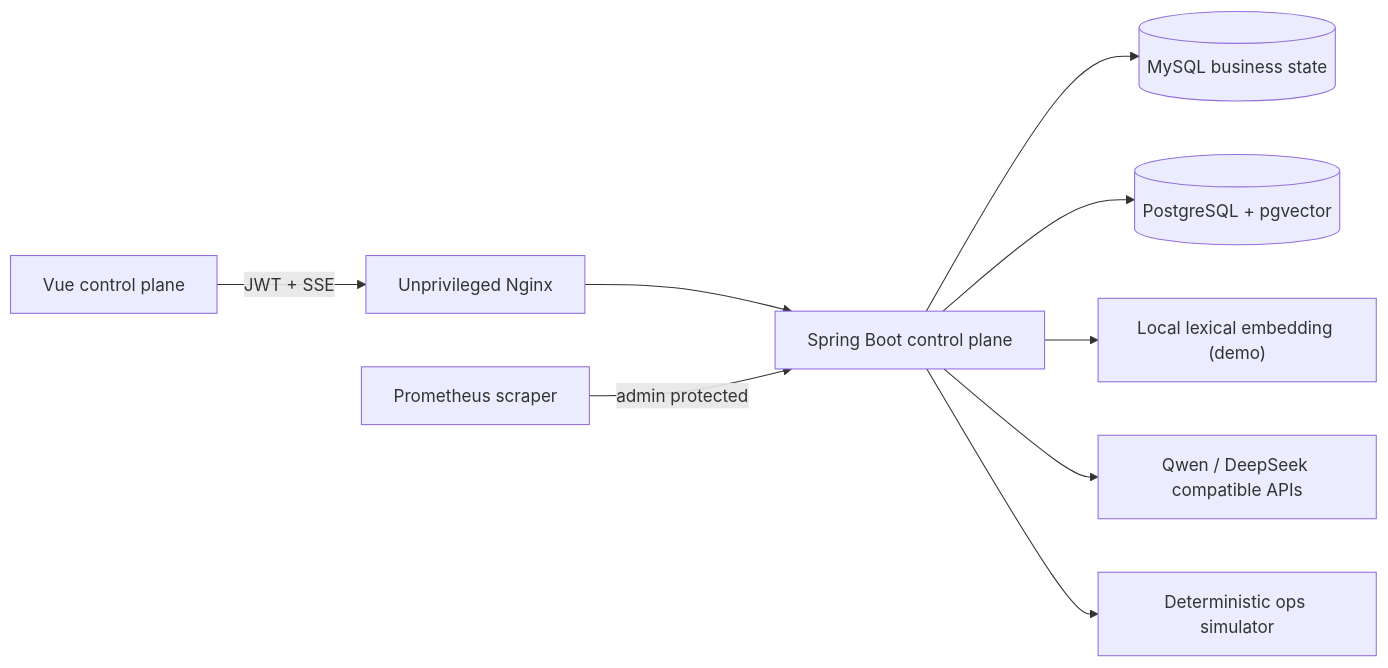
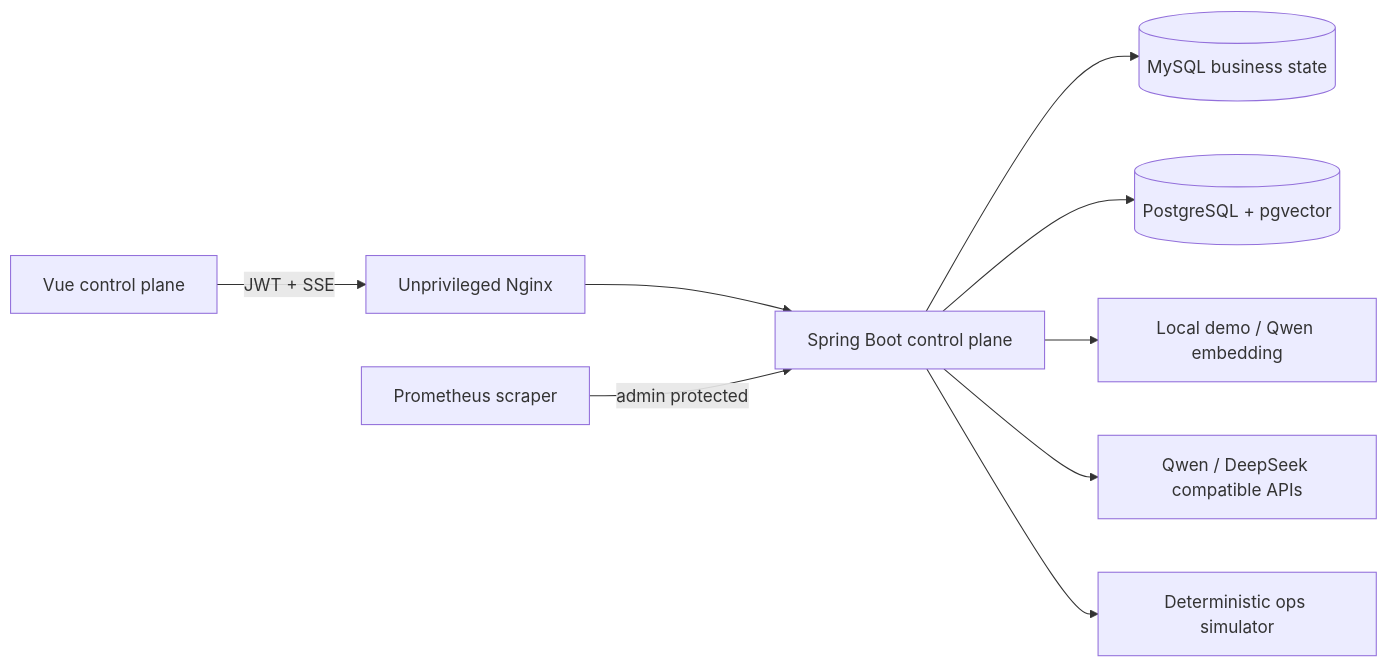
Before and after one commit to Chen127905/AIops-agent: the first of 2 diagrams in docs/architecture.md, drawn with Mermaid. The commit also changed other lines of this file and 32 other files, not shown here.

````diff
--- a/docs/architecture.md
+++ b/docs/architecture.md
@@ -5,11 +5,11 @@
 ```mermaid
 flowchart LR
     Browser["Vue control plane"] -->|JWT + SSE| Nginx["Unprivileged Nginx"]
     Nginx --> API["Spring Boot control plane"]
     API --> MySQL[(MySQL business state)]
     API --> Vector[(PostgreSQL + pgvector)]
-    API --> LocalEmbedding["Local lexical embedding (demo)"]
+    API --> Embedding["Local demo / Qwen embedding"]
     API --> Model["Qwen / DeepSeek compatible APIs"]
     API --> Simulator["Deterministic ops simulator"]
     Prometheus["Prometheus scraper"] -->|admin protected| API
 ```
````
